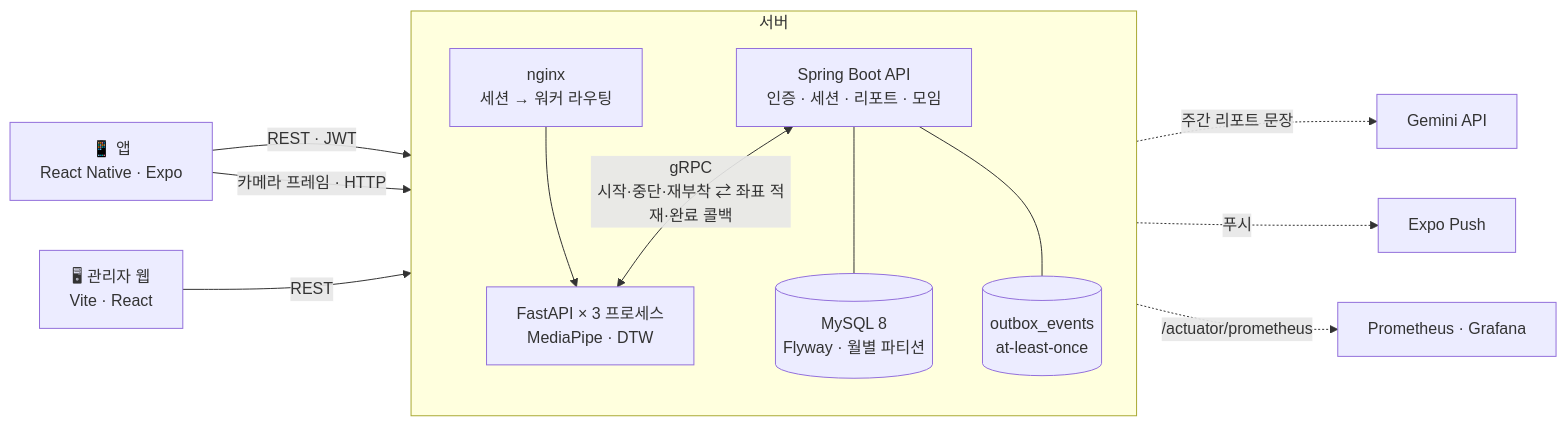
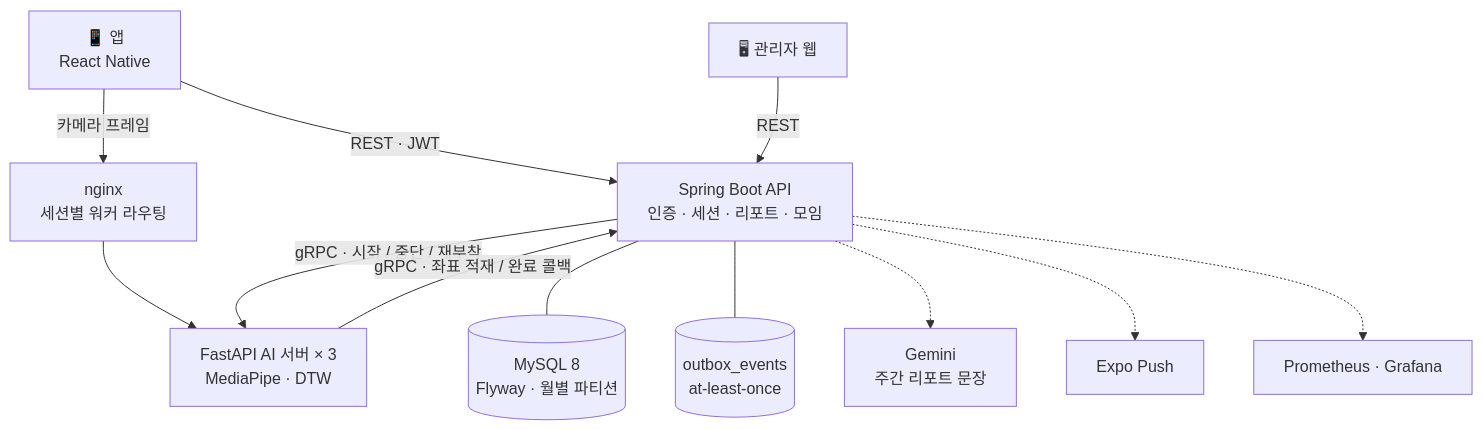
One commit to Shadowfit/init changed the diagram in README.md. Above: the diagram before and after it, drawn with Mermaid.

Commit message:
docs(readme): 아키텍처 다이어그램을 세로 배치로 단순화 — 가로가 길어 글자가 작아 읽히지 않았다
GitHub 에서 렌더링은 되지만 flowchart LR + 긴 라벨이 좁은 본문 칸에 맞춰 크게 축소됐다. TB 로 바꾸고 라벨을 줄인다.
노드·연결의 의미는 그대로다(앱→AI 프레임 직통, Spring↔AI gRPC 양방향, 아웃박스, nginx, 외부 연동).

````diff
--- a/README.md
+++ b/README.md
@@ -37,24 +37,22 @@
 ```mermaid
-flowchart LR
-    App["📱 앱<br/>React Native · Expo"]
-    Admin["🖥 관리자 웹<br/>Vite · React"]
-
-    subgraph Server["서버"]
-        direction TB
-        API["Spring Boot API<br/>인증 · 세션 · 리포트 · 모임"]
-        Outbox[("outbox_events<br/>at-least-once")]
-        DB[("MySQL 8<br/>Flyway · 월별 파티션")]
-        NG["nginx<br/>세션 → 워커 라우팅"]
-        AI["FastAPI × 3 프로세스<br/>MediaPipe · DTW"]
-    end
+flowchart TB
+    App["📱 앱<br/>React Native"]
+    Admin["🖥 관리자 웹"]
+    API["Spring Boot API<br/>인증 · 세션 · 리포트 · 모임"]
+    NG["nginx<br/>세션별 워커 라우팅"]
+    AI["FastAPI AI 서버 × 3<br/>MediaPipe · DTW"]
+    DB[("MySQL 8<br/>Flyway · 월별 파티션")]
+    OB[("outbox_events<br/>at-least-once")]
 
     App -->|"REST · JWT"| API
     Admin -->|"REST"| API
-    App -->|"카메라 프레임 · HTTP"| NG --> AI
-    API <-->|"gRPC<br/>시작·중단·재부착 ⇄ 좌표 적재·완료 콜백"| AI
+    App -->|"카메라 프레임"| NG
+    NG --> AI
+    API -->|"gRPC · 시작 / 중단 / 재부착"| AI
+    AI -->|"gRPC · 좌표 적재 / 완료 콜백"| API
     API --- DB
-    API --- Outbox
-    API -.->|"주간 리포트 문장"| Gemini["Gemini API"]
-    API -.->|"푸시"| Expo["Expo Push"]
-    API -.->|"/actuator/prometheus"| Obs["Prometheus · Grafana"]
+    API --- OB
+    API -.-> G["Gemini<br/>주간 리포트 문장"]
+    API -.-> E["Expo Push"]
+    API -.-> M["Prometheus · Grafana"]
 ```
````
